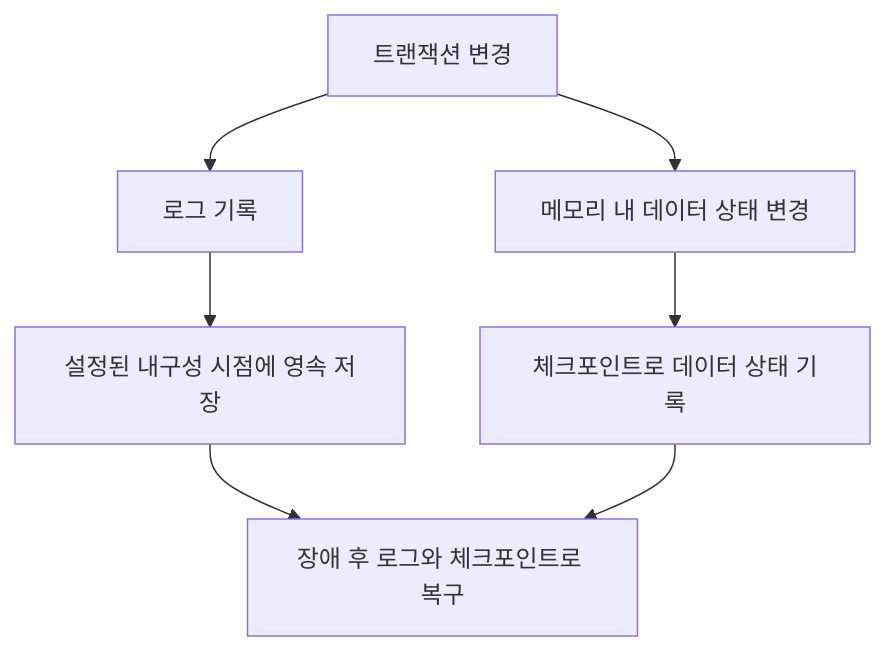
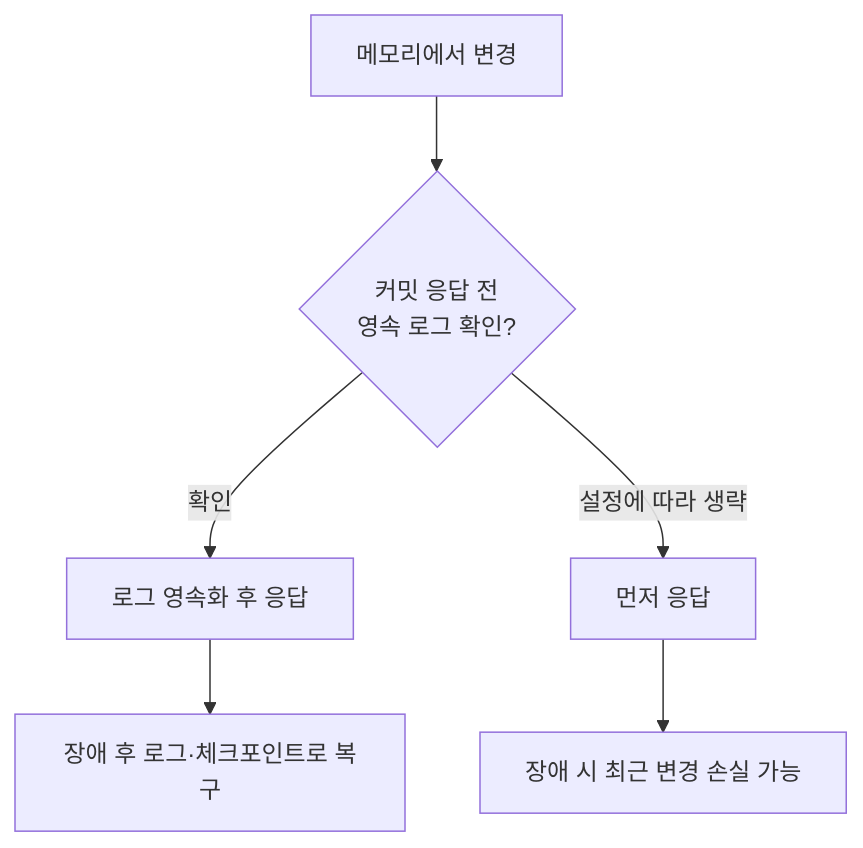
The third of 3 diagrams in src/content/docs/notes/itpe/03-data/160_mmdbms.md (agnusdei1207/study), drawn with Mermaid before and after one commit. The commit also changed other lines of this file, not shown here.

````diff
--- a/src/content/docs/notes/itpe/03-data/160_mmdbms.md
+++ b/src/content/docs/notes/itpe/03-data/160_mmdbms.md
@@ -146,9 +116,8 @@
 ```mermaid
-flowchart TD
-    A[트랜잭션 변경] --> B[메모리 내 데이터 상태 변경]
-    A --> C[로그 기록]
-    C --> D[설정된 내구성 시점에 영속 저장]
-    B --> E[체크포인트로 데이터 상태 기록]
-    D --> F[장애 후 로그와 체크포인트로 복구]
-    E --> F
+flowchart TB
+    A[메모리에서 변경] --> B{커밋 응답 전<br/>영속 로그 확인?}
+    B -->|확인| C[로그 영속화 후 응답]
+    B -->|설정에 따라 생략| D[먼저 응답]
+    C --> E[장애 후 로그·체크포인트로 복구]
+    D --> F[장애 시 최근 변경 손실 가능]
 ```
````
